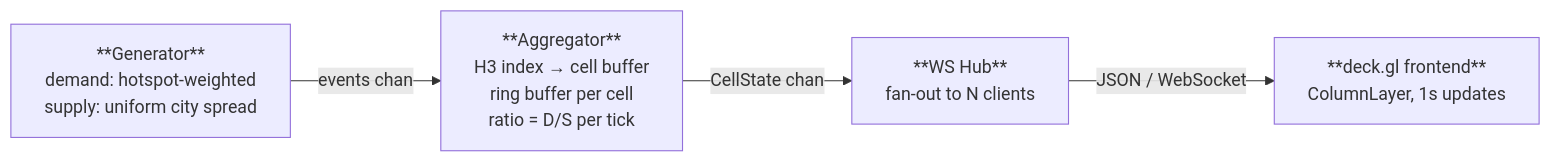
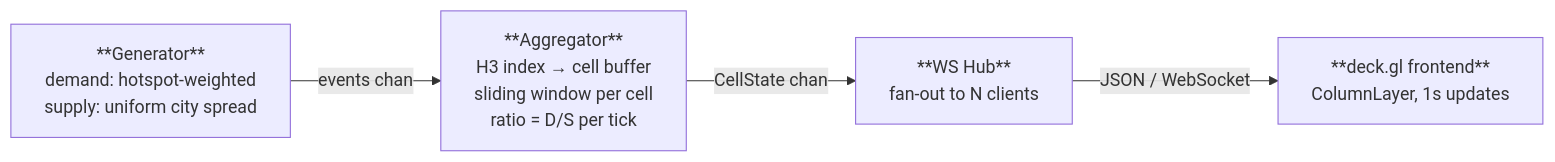
One commit to alpercitak/surgemap changed the first of 2 diagrams in README.md. Above: the diagram before and after it, drawn with Mermaid. The commit also changed other lines of this file, not shown here.

Commit message:
docs: describe per-cell windows as sliding windows, not ring buffers

````diff
--- a/README.md
+++ b/README.md
@@ -50,21 +50,21 @@
 ```mermaid
 flowchart LR
     G["**Generator**
     demand: hotspot-weighted
     supply: uniform city spread"]
 
     A["**Aggregator**
     H3 index → cell buffer
-    ring buffer per cell
+    sliding window per cell
     ratio = D/S per tick"]
 
     W["**WS Hub**
     fan-out to N clients"]
 
     F["**deck.gl frontend**
     ColumnLayer, 1s updates"]
 
     G -->|events chan| A
     A -->|CellState chan| W
     W -->|JSON / WebSocket| F
 ```
````
